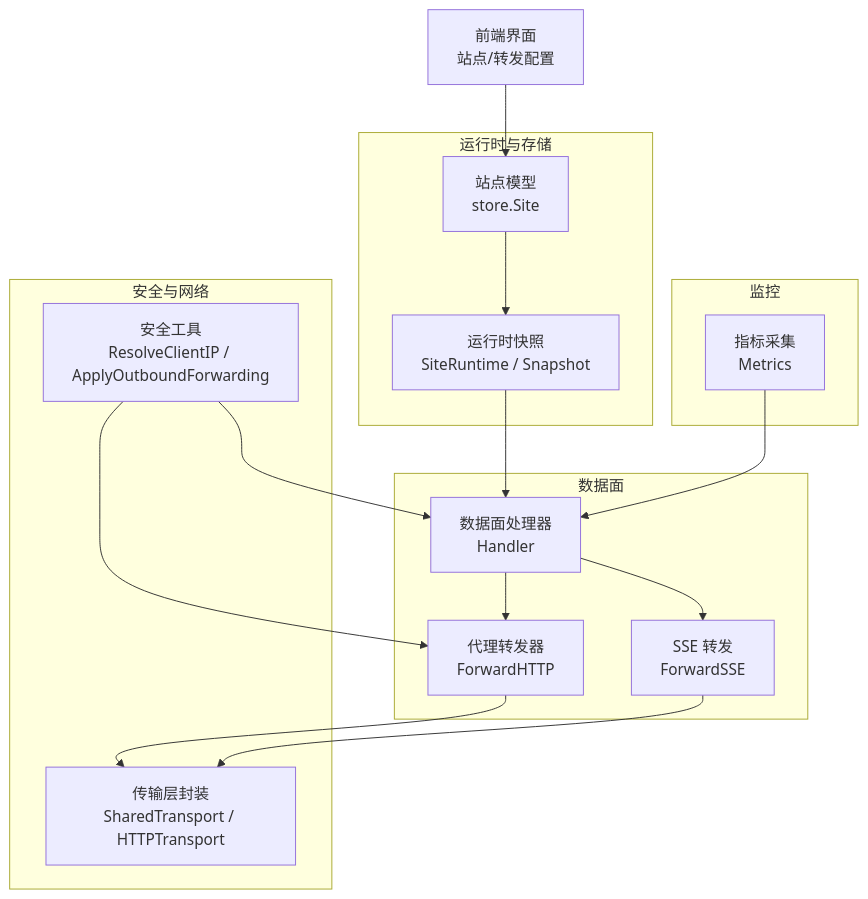
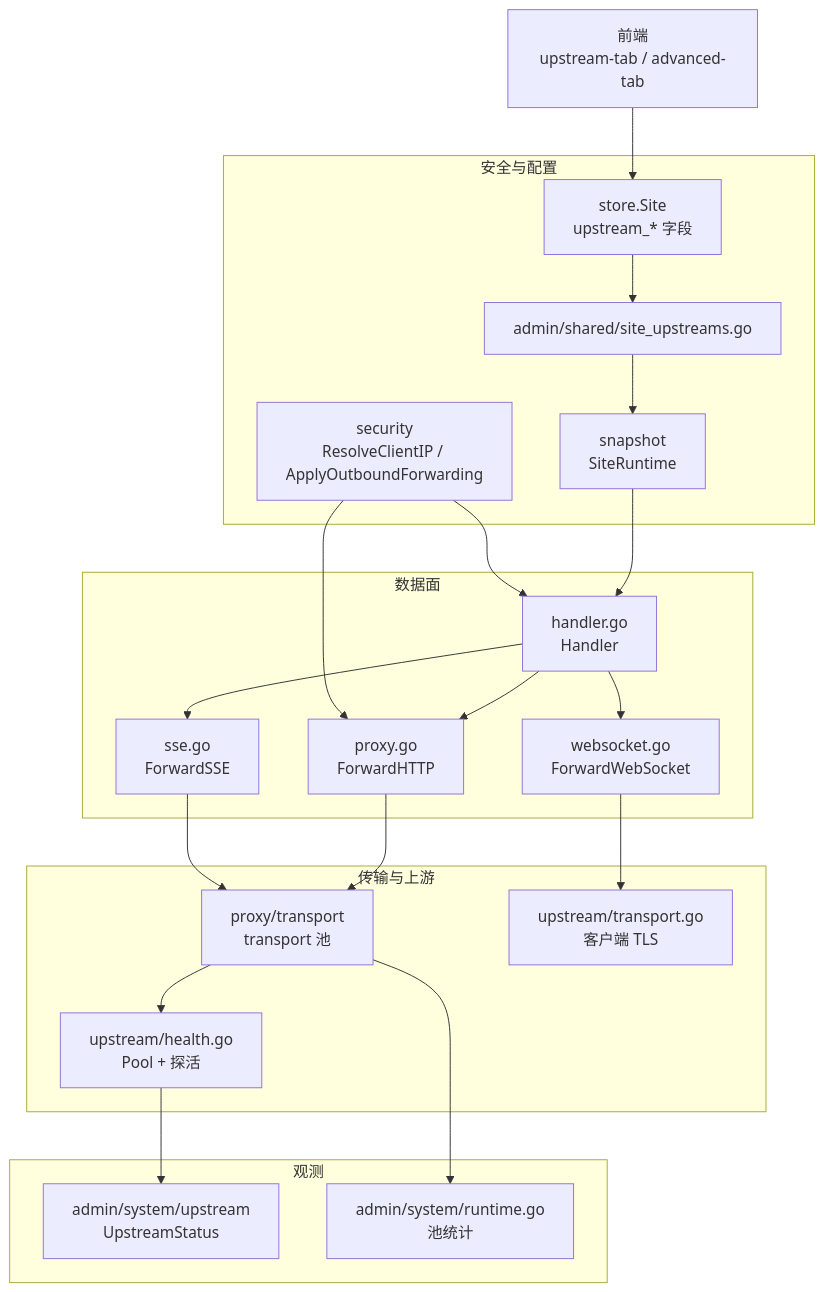
Before and after one commit to x01n/My-OpenWaf: the first of 8 diagrams in docs/数据平面处理/上游代理配置.md, drawn with Mermaid. The commit also changed other lines of this file and 622 other files, not shown here.

````diff
--- a/docs/数据平面处理/上游代理配置.md
+++ b/docs/数据平面处理/上游代理配置.md
@@ -44,30 +71,40 @@
 ```mermaid
 graph TB
 subgraph "数据面"
-DP["数据面处理器<br/>Handler"]
-PR["代理转发器<br/>ForwardHTTP"]
-SSE["SSE 转发<br/>ForwardSSE"]
+DP["handler.go<br/>Handler"]
+PR["proxy.go<br/>ForwardHTTP"]
+SSE["sse.go<br/>ForwardSSE"]
+WS["websocket.go<br/>ForwardWebSocket"]
 end
-subgraph "安全与网络"
-SEC["安全工具<br/>ResolveClientIP / ApplyOutboundForwarding"]
-TR["传输层封装<br/>SharedTransport / HTTPTransport"]
+subgraph "传输与上游"
+TR["proxy/transport<br/>transport 池"]
+UP["upstream/health.go<br/>Pool + 探活"]
+UT["upstream/transport.go<br/>客户端 TLS"]
 end
-subgraph "运行时与存储"
-SNAP["运行时快照<br/>SiteRuntime / Snapshot"]
-STORE["站点模型<br/>store.Site"]
+subgraph "安全与配置"
+SEC["security<br/>ResolveClientIP / ApplyOutboundForwarding"]
+SNAP["snapshot<br/>SiteRuntime"]
+STORE["store.Site<br/>upstream_* 字段"]
+VALID["admin/shared/site_upstreams.go"]
 end
-subgraph "监控"
-MET["指标采集<br/>Metrics"]
+subgraph "观测"
+STAT["admin/system/upstream<br/>UpstreamStatus"]
+RUN["admin/system/runtime.go<br/>池统计"]
 end
-FE["前端界面<br/>站点/转发配置"]
+FE["前端<br/>upstream-tab / advanced-tab"]
 FE --> STORE
-STORE --> SNAP
+STORE --> VALID
+VALID --> SNAP
 SNAP --> DP
 DP --> PR
 DP --> SSE
+DP --> WS
 PR --> TR
 SSE --> TR
+WS --> UT
+TR --> UP
+UP --> STAT
+TR --> RUN
 SEC --> DP
 SEC --> PR
-MET --> DP
 ```
````
